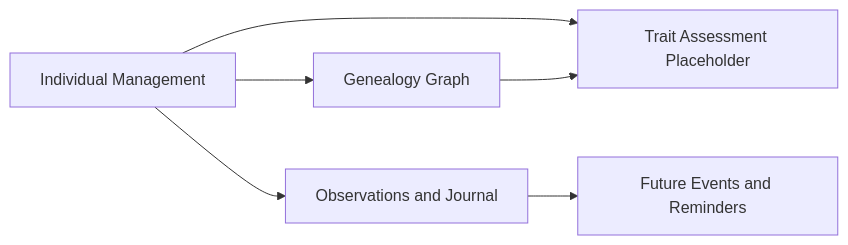
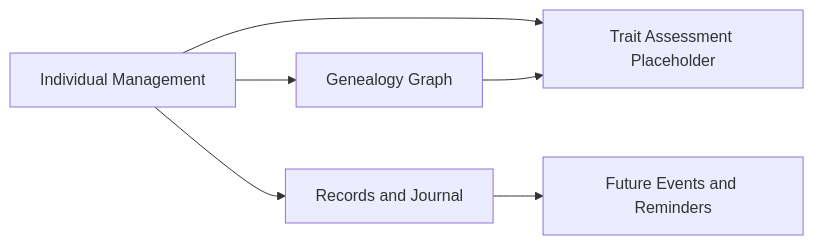
Before and after one commit to lyndametref/geep: the first of 2 diagrams in docs/domainModel.md, drawn with Mermaid. The commit also changed other lines of this file and 1 other file, not shown here.

````diff
--- a/docs/domainModel.md
+++ b/docs/domainModel.md
@@ -7,8 +7,8 @@
 ```mermaid
 graph LR
-	IndividualMgmt["Individual Management"] --> Genealogy["Genealogy Graph"]
-	IndividualMgmt --> Observations["Observations and Journal"]
-	Observations --> FuturePlanning["Future Events and Reminders"]
-	IndividualMgmt --> TraitAssessment["Trait Assessment Placeholder"]
-	Genealogy --> TraitAssessment
+    IndividualMgmt["Individual Management"] --> Genealogy["Genealogy Graph"]
+    IndividualMgmt --> Records["Records and Journal"]
+    Records --> FuturePlanning["Future Events and Reminders"]
+    IndividualMgmt --> TraitAssessment["Trait Assessment Placeholder"]
+    Genealogy --> TraitAssessment
 ```
````
